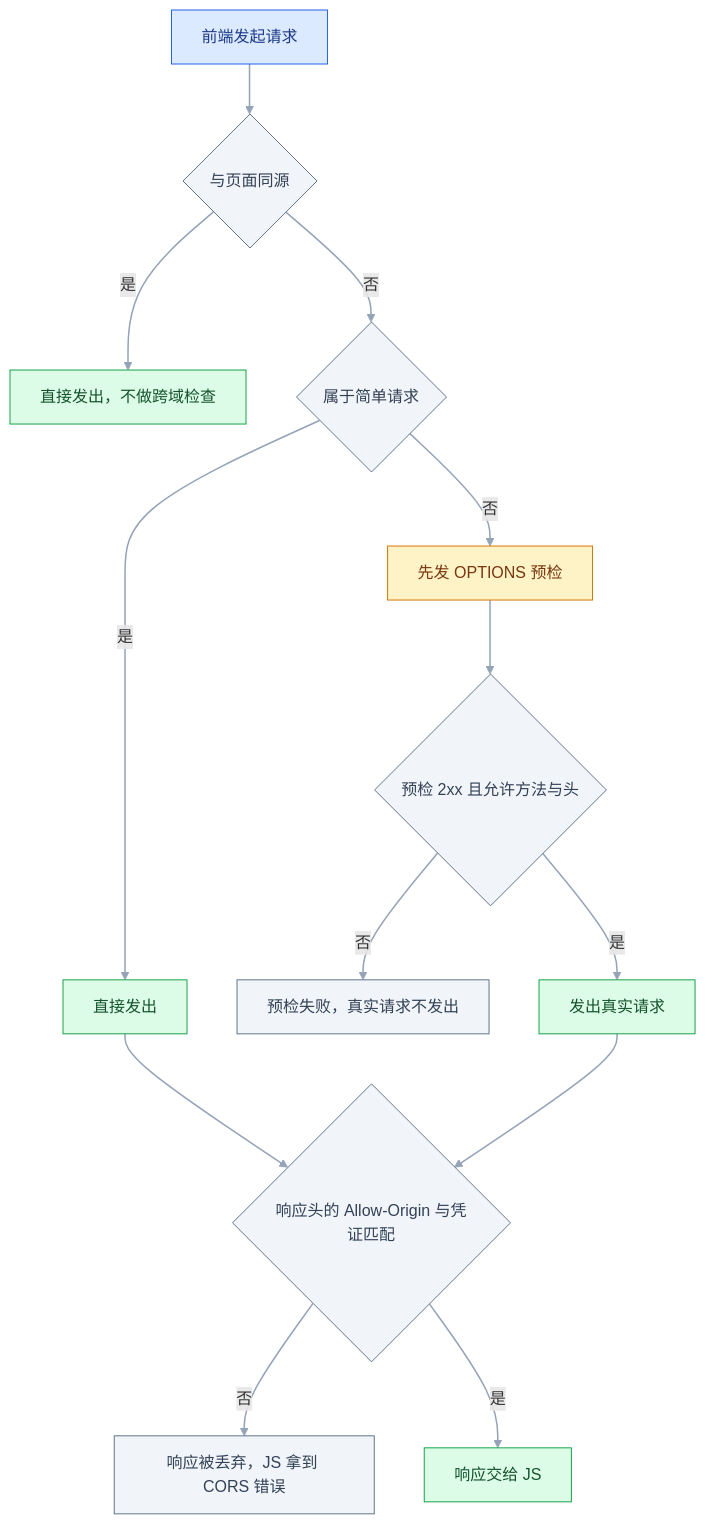
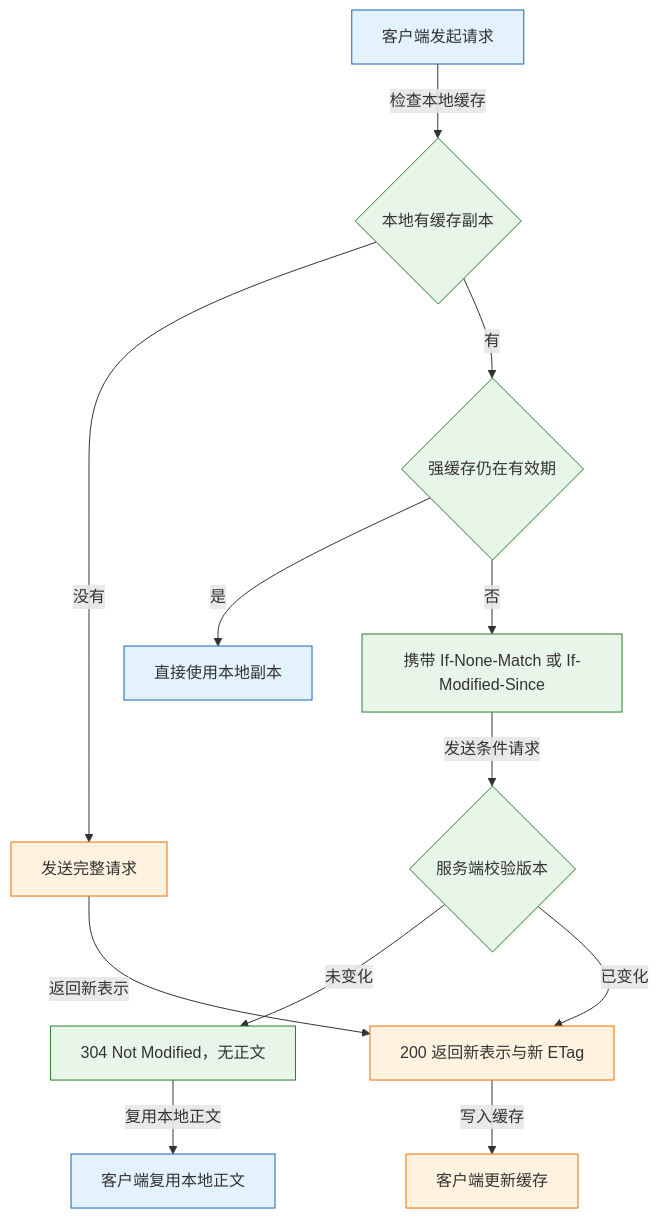
One commit to jimbosuper/studynotes changed the second of 4 diagrams in blog/src/notes/05-后端/03-Web与API/01-HTTP与REST.md. Above: the diagram before and after it, drawn with Mermaid. The commit also changed other lines of this file and 367 other files, not shown here.

````diff
--- a/blog/src/notes/05-后端/03-Web与API/01-HTTP与REST.md
+++ b/blog/src/notes/05-后端/03-Web与API/01-HTTP与REST.md
@@ -728,21 +364,20 @@
 ```mermaid
 flowchart TD
-    classDef client fill:#DBEAFE,stroke:#2563EB,color:#1E3A8A
-    classDef service fill:#DCFCE7,stroke:#16A34A,color:#14532D
-    classDef data fill:#FEF3C7,stroke:#D97706,color:#78350F
-    classDef normal fill:#F1F5F9,stroke:#64748B,color:#334155
-
-    A["前端发起请求"]:::client --> B{"与页面同源"}:::normal
-    B -->|"是"| C["直接发出，不做跨域检查"]:::service
-    B -->|"否"| D{"属于简单请求"}:::normal
-    D -->|"是"| E["直接发出"]:::service
-    D -->|"否"| F["先发 OPTIONS 预检"]:::data
-    F --> G{"预检 2xx 且允许方法与头"}:::normal
-    G -->|"否"| H["预检失败，真实请求不发出"]:::normal
-    G -->|"是"| I["发出真实请求"]:::service
-    E --> J{"响应头的 Allow-Origin 与凭证匹配"}:::normal
-    I --> J
-    J -->|"否"| L["响应被丢弃，JS 拿到 CORS 错误"]:::normal
-    J -->|"是"| K["响应交给 JS"]:::service
-    linkStyle default stroke:#94A3B8,stroke-width:1.5px
+    A["客户端发起请求"] -->|"检查本地缓存"| B{"本地有缓存副本"}
+    B -->|"没有"| C["发送完整请求"]
+    B -->|"有"| D{"强缓存仍在有效期"}
+    D -->|"是"| E["直接使用本地副本"]
+    D -->|"否"| F["携带 If-None-Match 或 If-Modified-Since"]
+    F -->|"发送条件请求"| G{"服务端校验版本"}
+    G -->|"未变化"| H["304 Not Modified，无正文"]
+    G -->|"已变化"| I["200 返回新表示与新 ETag"]
+    C -->|"返回新表示"| I
+    H -->|"复用本地正文"| J["客户端复用本地正文"]
+    I -->|"写入缓存"| K["客户端更新缓存"]
+    classDef client fill:#e3f2fd,stroke:#1565c0;
+    classDef engine fill:#e8f5e9,stroke:#2e7d32;
+    classDef image fill:#fff3e0,stroke:#ef6c00;
+    class A,E,J client
+    class B,D,F,G,H engine
+    class C,I,K image
 ```
````
